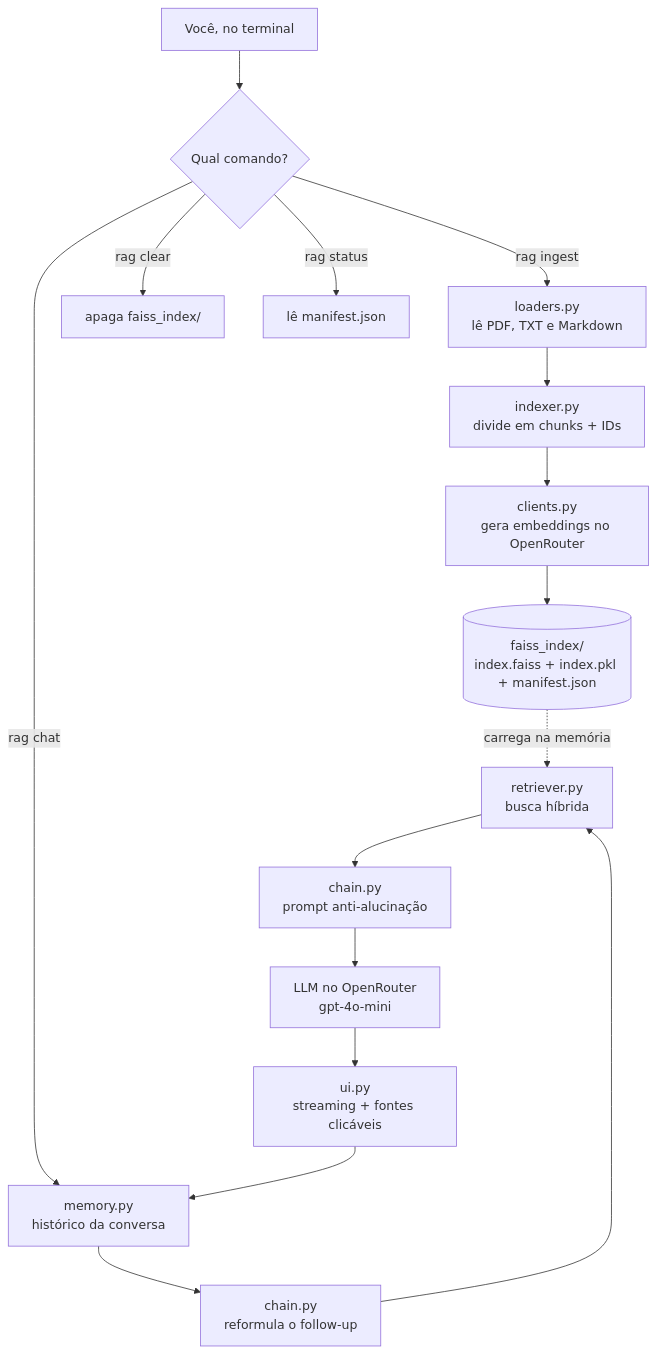
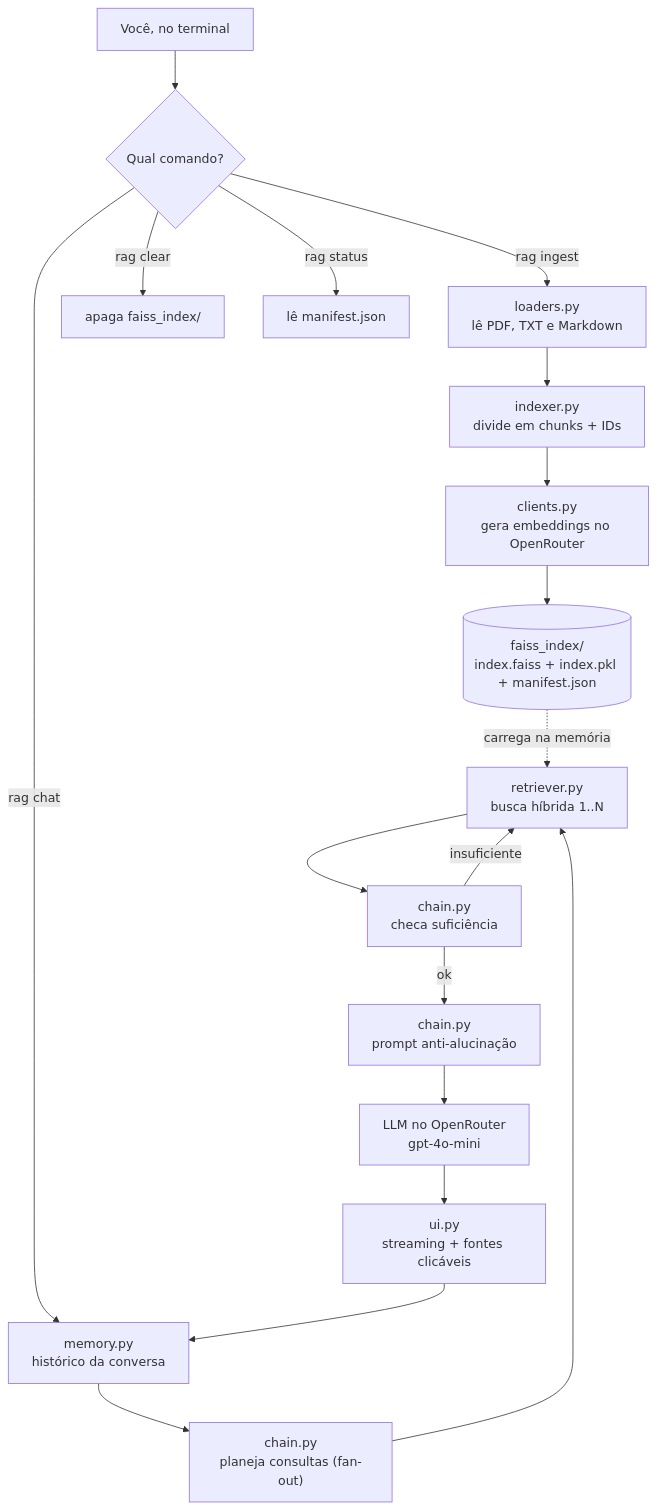
One commit to leeovictor/rag-poc changed the first of 3 diagrams in docs/ARQUITETURA.md. Above: the diagram before and after it, drawn with Mermaid. The commit also changed other lines of this file and 13 other files, not shown here.

First line of the commit message:
feat: fan-out, loop de suficiência e citações clicáveis

````diff
--- a/docs/ARQUITETURA.md
+++ b/docs/ARQUITETURA.md
@@ -32,21 +32,23 @@
 ```mermaid
 flowchart TB
     U["Você, no terminal"] --> CMD{"Qual comando?"}
 
     CMD -->|"rag ingest"| L["loaders.py<br/>lê PDF, TXT e Markdown"]
     CMD -->|"rag chat"| M["memory.py<br/>histórico da conversa"]
     CMD -->|"rag clear"| CL["apaga faiss_index/"]
     CMD -->|"rag status"| ST["lê manifest.json"]
 
     L --> IX["indexer.py<br/>divide em chunks + IDs"]
     IX --> EM["clients.py<br/>gera embeddings no OpenRouter"]
     EM --> IDX[("faiss_index/<br/>index.faiss + index.pkl + manifest.json")]
 
-    M --> CN["chain.py<br/>reformula o follow-up"]
-    CN --> RT["retriever.py<br/>busca híbrida"]
+    M --> CN["chain.py<br/>planeja consultas (fan-out)"]
+    CN --> RT["retriever.py<br/>busca híbrida 1..N"]
     IDX -.->|"carrega na memória"| RT
-    RT --> PR["chain.py<br/>prompt anti-alucinação"]
+    RT --> SF["chain.py<br/>checa suficiência"]
+    SF -->|"insuficiente"| RT
+    SF -->|"ok"| PR["chain.py<br/>prompt anti-alucinação"]
     PR --> LLM["LLM no OpenRouter<br/>gpt-4o-mini"]
     LLM --> UI["ui.py<br/>streaming + fontes clicáveis"]
     UI --> M
 ```
````
